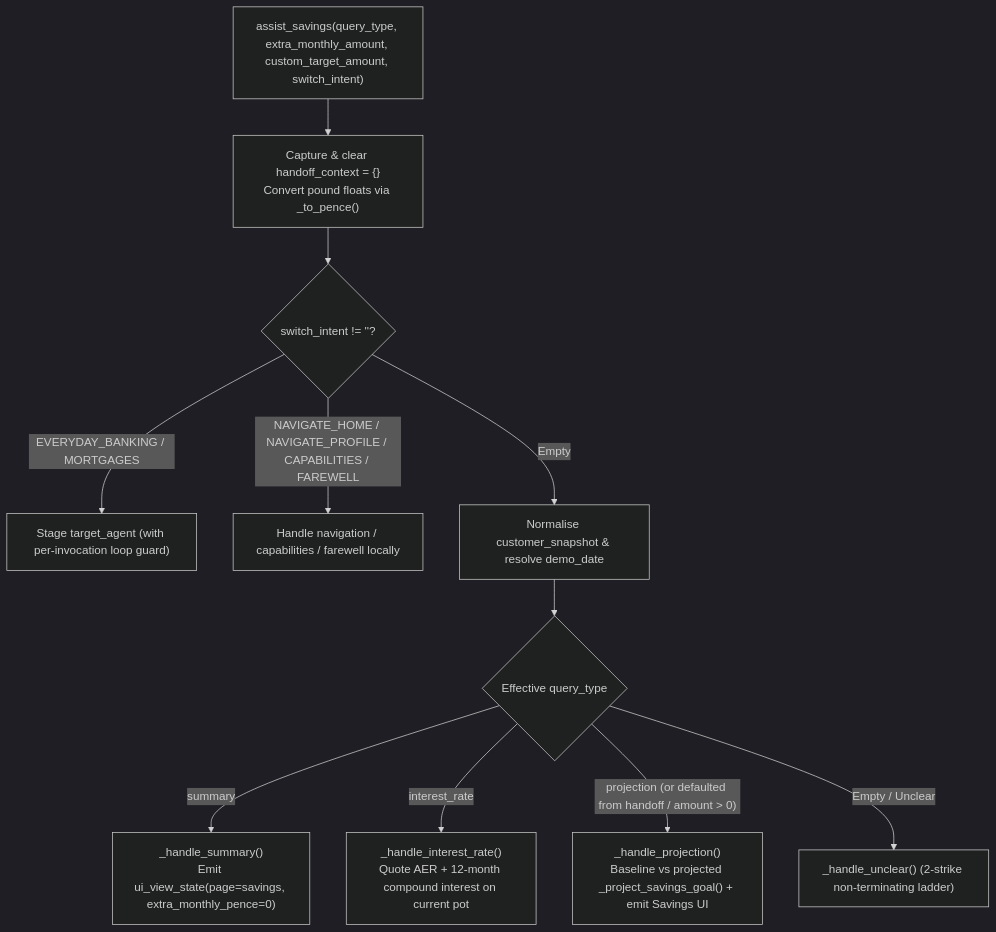
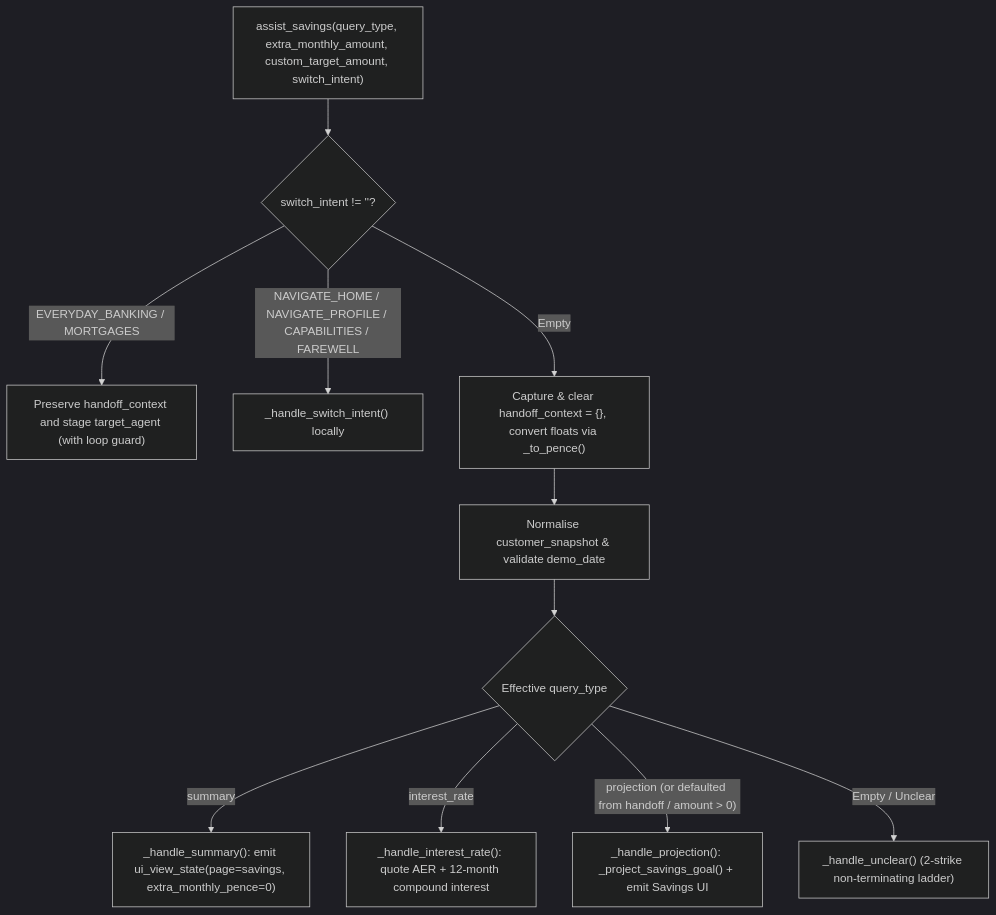
Before and after one commit to oliviervg1/gecx-bank-demo: the diagram in docs/tools/assist_savings.md, drawn with Mermaid (dark theme). The commit also changed other lines of this file and 19 other files, not shown here.

````diff
--- a/docs/tools/assist_savings.md
+++ b/docs/tools/assist_savings.md
@@ -17,13 +18,13 @@
 ```mermaid
 flowchart TD
-    Entry["assist_savings(query_type, extra_monthly_amount, custom_target_amount, switch_intent)"] --> ClearHO["Capture & clear handoff_context = {}<br/>Convert pound floats via _to_pence()"]
-    ClearHO --> Switch{"switch_intent != ''?"}
-    Switch -->|"EVERYDAY_BANKING / MORTGAGES"| Stage["Stage target_agent (with per-invocation loop guard)"]
-    Switch -->|"NAVIGATE_HOME / NAVIGATE_PROFILE / CAPABILITIES / FAREWELL"| LocalNav["Handle navigation / capabilities / farewell locally"]
-    Switch -->|"Empty"| Norm["Normalise customer_snapshot & resolve demo_date"]
+    Entry["assist_savings(query_type, extra_monthly_amount, custom_target_amount, switch_intent)"] --> Switch{"switch_intent != ''?"}
+    Switch -->|"EVERYDAY_BANKING / MORTGAGES"| Stage["Preserve handoff_context and stage target_agent (with loop guard)"]
+    Switch -->|"NAVIGATE_HOME / NAVIGATE_PROFILE / CAPABILITIES / FAREWELL"| LocalNav["_handle_switch_intent() locally"]
+    Switch -->|"Empty"| Consume["Capture & clear handoff_context = {}, convert floats via _to_pence()"]
+    Consume --> Norm["Normalise customer_snapshot & validate demo_date"]
     Norm --> Mode{"Effective query_type"}
-    Mode -->|"summary"| Sum["_handle_summary()<br/>Emit ui_view_state(page=savings, extra_monthly_pence=0)"]
-    Mode -->|"interest_rate"| Rate["_handle_interest_rate()<br/>Quote AER + 12-month compound interest on current pot"]
-    Mode -->|"projection (or defaulted from handoff / amount > 0)"| Proj["_handle_projection()<br/>Baseline vs projected _project_savings_goal() + emit Savings UI"]
+    Mode -->|"summary"| Sum["_handle_summary(): emit ui_view_state(page=savings, extra_monthly_pence=0)"]
+    Mode -->|"interest_rate"| Rate["_handle_interest_rate(): quote AER + 12-month compound interest"]
+    Mode -->|"projection (or defaulted from handoff / amount > 0)"| Proj["_handle_projection(): _project_savings_goal() + emit Savings UI"]
     Mode -->|"Empty / Unclear"| Unclear["_handle_unclear() (2-strike non-terminating ladder)"]
 ```
````
